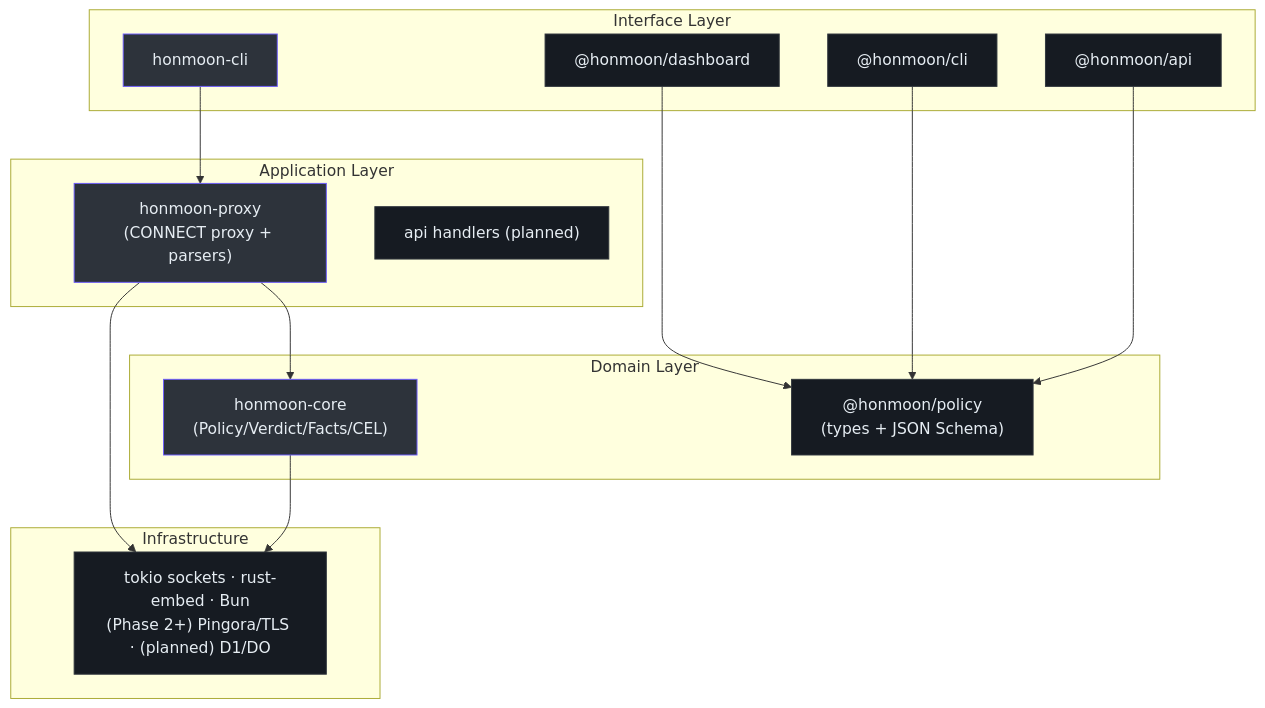
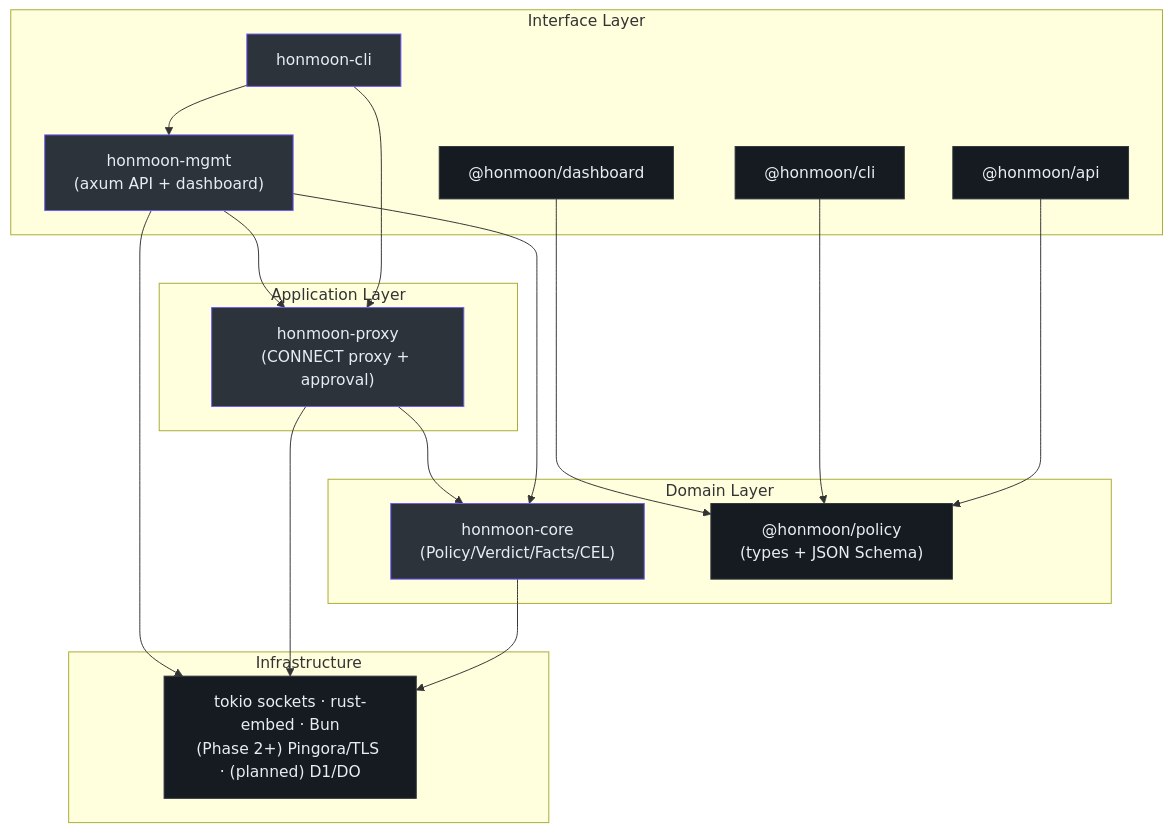
The first of 4 diagrams in wiki/deep-dive/architecture.md (pleaseai/honmoon), drawn with Mermaid before and after one commit. The commit also changed other lines of this file and 19 other files, not shown here.

Commit message:
docs(wiki): refresh for Phase 4 (pause approval, audit log, dashboard, honmoon-mgmt)

````diff
--- a/wiki/deep-dive/architecture.md
+++ b/wiki/deep-dive/architecture.md
@@ -31,36 +32,40 @@
 ```mermaid
 flowchart TB
   subgraph IF["Interface Layer"]
     cli["honmoon-cli"]
+    mgmt["honmoon-mgmt<br>(axum API + dashboard)"]
     tapi["@honmoon/api"]
     tcli["@honmoon/cli"]
     dash["@honmoon/dashboard"]
   end
   subgraph APP["Application Layer"]
-    proxy["honmoon-proxy<br>(CONNECT proxy + parsers)"]
-    handlers["api handlers (planned)"]
+    proxy["honmoon-proxy<br>(CONNECT proxy + approval)"]
   end
   subgraph DOM["Domain Layer"]
     core["honmoon-core<br>(Policy/Verdict/Facts/CEL)"]
     tpol["@honmoon/policy<br>(types + JSON Schema)"]
   end
   subgraph INF["Infrastructure"]
     infra["tokio sockets · rust-embed · Bun<br>(Phase 2+) Pingora/TLS · (planned) D1/DO"]
   end
   cli --> proxy
+  cli --> mgmt
+  mgmt --> proxy
+  mgmt --> core
   proxy --> core
   tapi --> tpol
   tcli --> tpol
   dash --> tpol
   core --> infra
   proxy --> infra
+  mgmt --> infra
   style cli fill:#2d333b,stroke:#6d5dfc,color:#e6edf3
+  style mgmt fill:#2d333b,stroke:#6d5dfc,color:#e6edf3
   style proxy fill:#2d333b,stroke:#6d5dfc,color:#e6edf3
   style core fill:#2d333b,stroke:#6d5dfc,color:#e6edf3
   style tpol fill:#161b22,stroke:#30363d,color:#e6edf3
   style tapi fill:#161b22,stroke:#30363d,color:#e6edf3
   style tcli fill:#161b22,stroke:#30363d,color:#e6edf3
   style dash fill:#161b22,stroke:#30363d,color:#e6edf3
   style infra fill:#161b22,stroke:#30363d,color:#e6edf3
-  style handlers fill:#161b22,stroke:#30363d,color:#e6edf3
 ```
````
